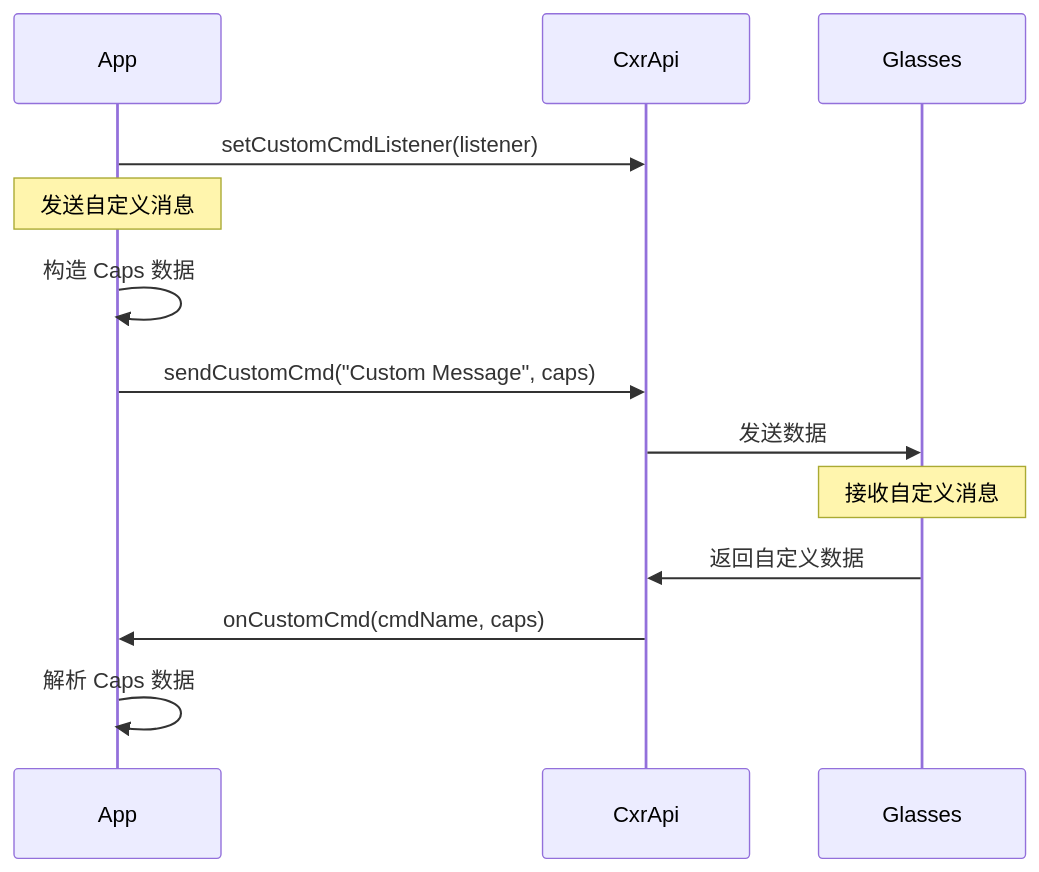
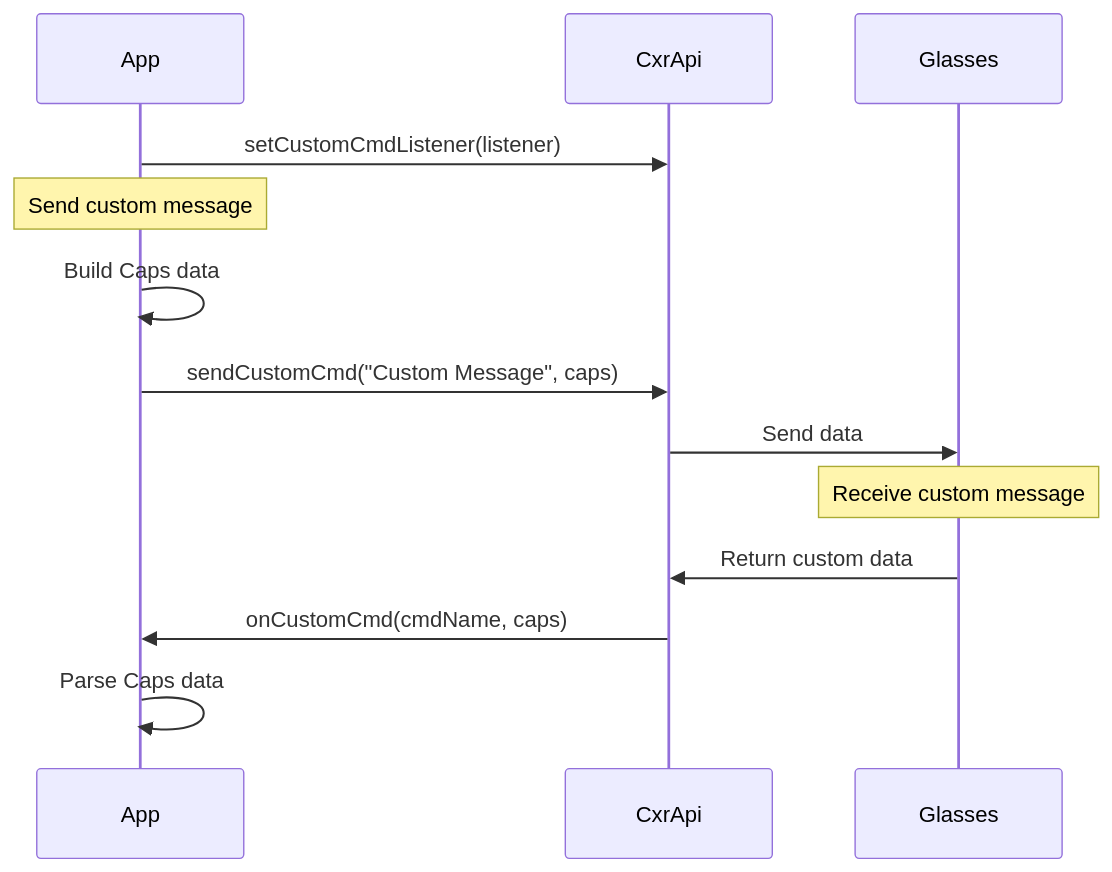
One commit to thuongtin/CXRMSamples1.0.3 changed the sixth of 7 diagrams in design.md. Above: the diagram before and after it, drawn with Mermaid. The commit also changed other lines of this file and 20 other files, not shown here.

````diff
--- a/design.md
+++ b/design.md
@@ -825,18 +808,18 @@
 ```mermaid
 sequenceDiagram
     participant App
     participant CxrApi
     participant Glasses
     
     App->>CxrApi: setCustomCmdListener(listener)
     
-    Note over App: 发送自定义消息
-    App->>App: 构造 Caps 数据
+    Note over App: Send custom message
+    App->>App: Build Caps data
     App->>CxrApi: sendCustomCmd("Custom Message", caps)
-    CxrApi->>Glasses: 发送数据
+    CxrApi->>Glasses: Send data
     
-    Note over Glasses: 接收自定义消息
-    Glasses->>CxrApi: 返回自定义数据
+    Note over Glasses: Receive custom message
+    Glasses->>CxrApi: Return custom data
     CxrApi->>App: onCustomCmd(cmdName, caps)
-    App->>App: 解析 Caps 数据
+    App->>App: Parse Caps data
 ```
````
